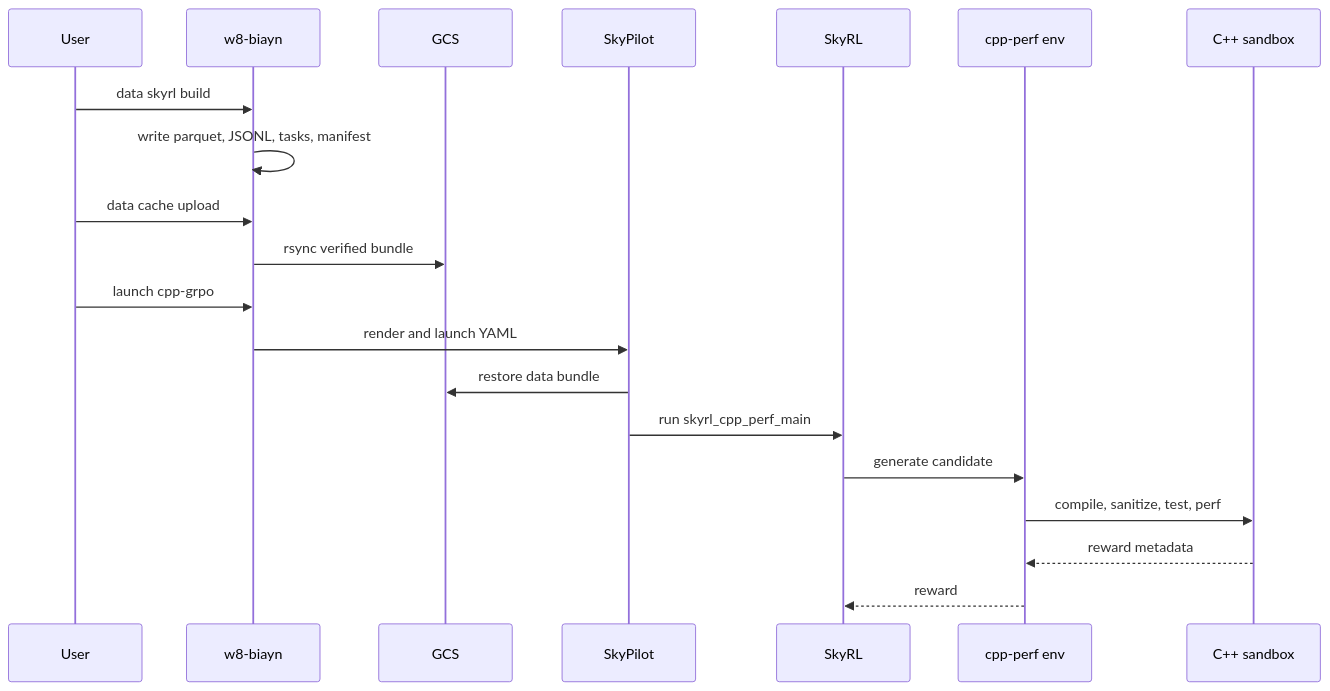
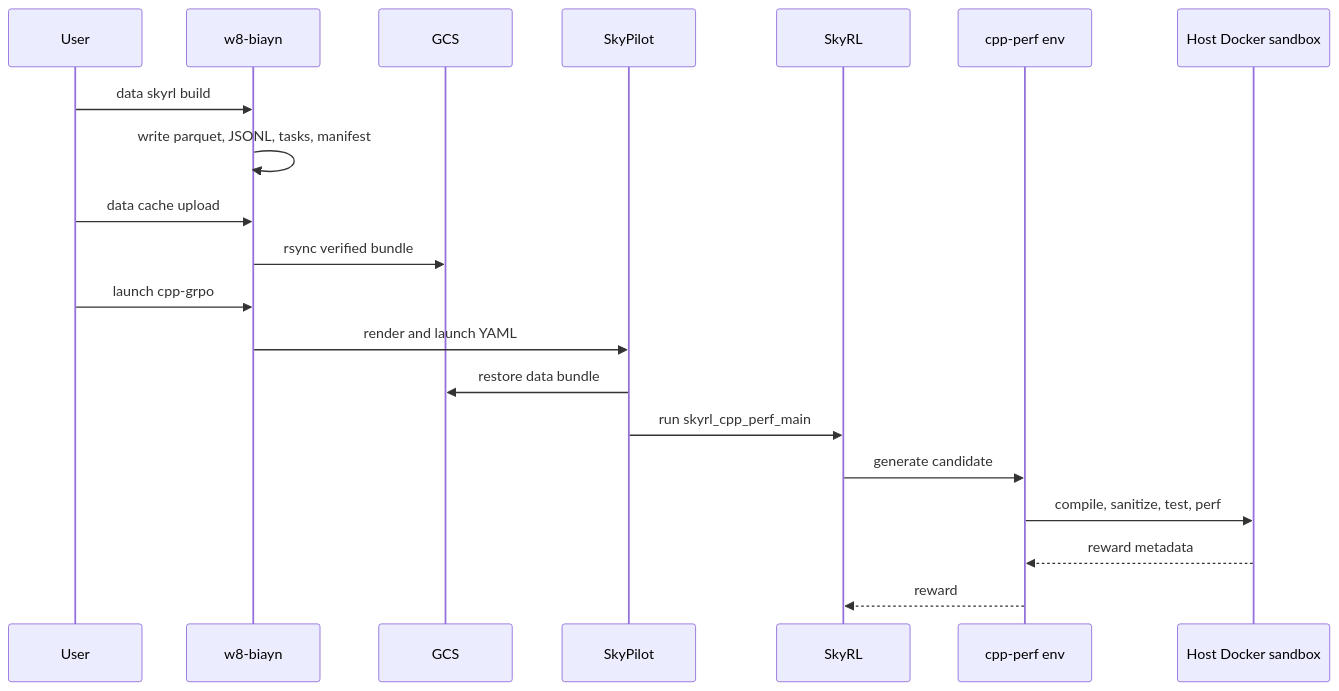
The second of 2 diagrams in README.md (sandys/browser-is-all-you-need), drawn with Mermaid before and after one commit. The commit also changed other lines of this file and 4 other files, not shown here.

Commit message:
Expose host Docker to GRPO rewards

````diff
--- a/README.md
+++ b/README.md
@@ -221,23 +223,23 @@
 ```mermaid
 sequenceDiagram
   participant User
   participant CLI as w8-biayn
   participant GCS
   participant Sky as SkyPilot
   participant SkyRL
   participant Env as cpp-perf env
-  participant Docker as C++ sandbox
+  participant Docker as Host Docker sandbox
 
   User->>CLI: data skyrl build
   CLI->>CLI: write parquet, JSONL, tasks, manifest
   User->>CLI: data cache upload
   CLI->>GCS: rsync verified bundle
   User->>CLI: launch cpp-grpo
   CLI->>Sky: render and launch YAML
   Sky->>GCS: restore data bundle
   Sky->>SkyRL: run skyrl_cpp_perf_main
   SkyRL->>Env: generate candidate
   Env->>Docker: compile, sanitize, test, perf
   Docker-->>Env: reward metadata
   Env-->>SkyRL: reward
 ```
````
